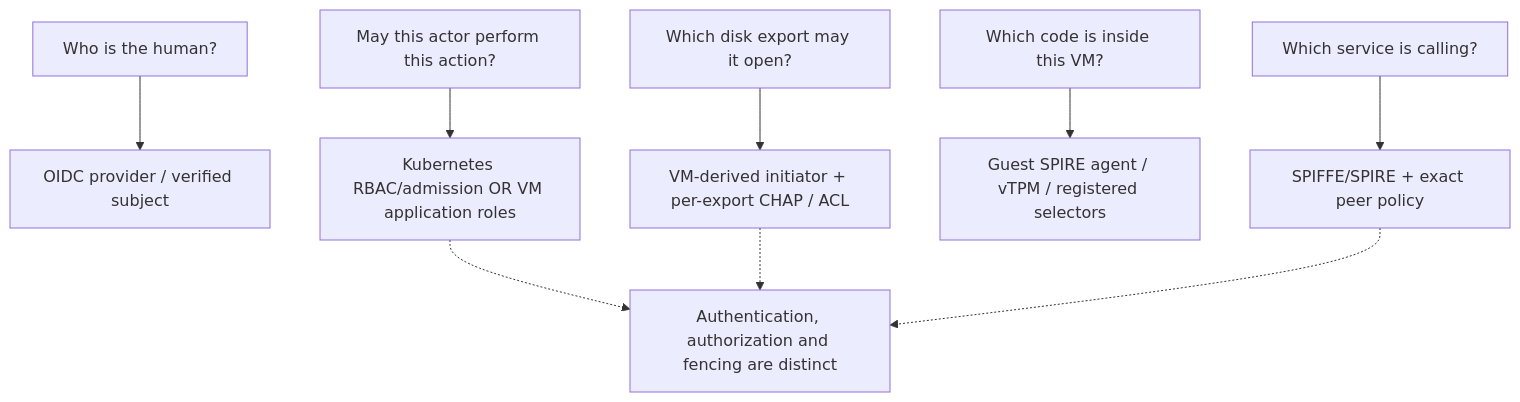
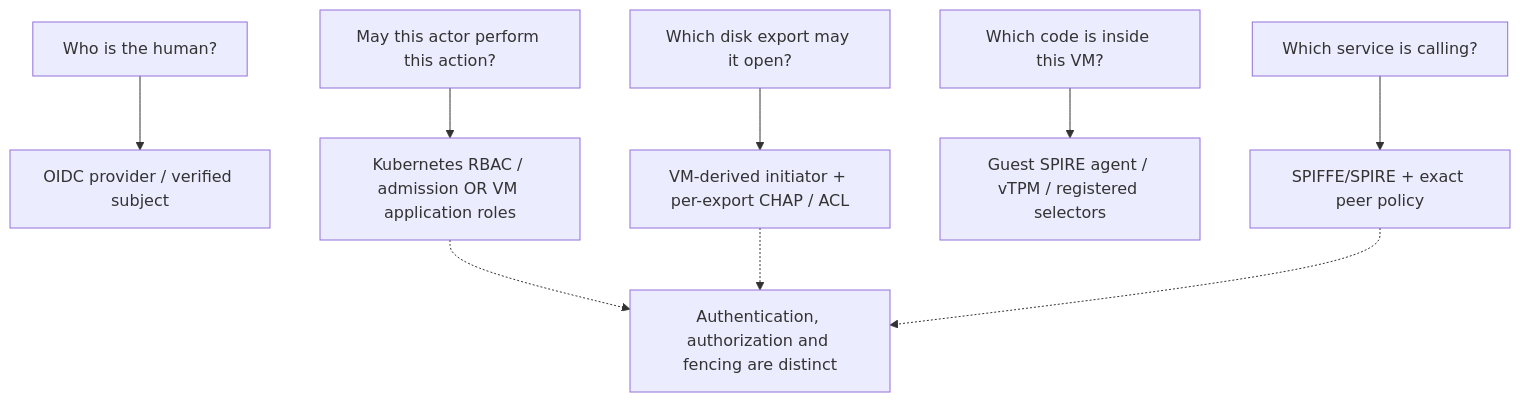
The diagram in docs/architecture/diagrams/08-identity-questions.mmd (SamYaple/qrab), drawn with Mermaid before and after one commit. The commit also changed 64 other files, not shown here.

Commit message:
Expand recovery and evidence views with six presentation narratives (work/openstack-architecture-boundary-atlas)

```diff
--- a/docs/architecture/diagrams/08-identity-questions.mmd
+++ b/docs/architecture/diagrams/08-identity-questions.mmd
@@ -1,9 +1,9 @@
 flowchart TB
     human["Who is the human?"] --> oidc["OIDC provider / verified subject"]
-    action["May this actor perform this action?"] --> roles["Kubernetes RBAC/admission OR VM application roles"]
+    action["May this actor perform this action?"] --> roles["Kubernetes RBAC / admission OR VM application roles"]
     service["Which service is calling?"] --> spiffe["SPIFFE/SPIRE + exact peer policy"]
     guest["Which code is inside this VM?"] --> guestid["Guest SPIRE agent / vTPM / registered selectors"]
     storage["Which disk export may it open?"] --> chap["VM-derived initiator + per-export CHAP / ACL"]
     roles -.-> note["Authentication, authorization and fencing are distinct"]
     chap -.-> note
     spiffe -.-> note
```
